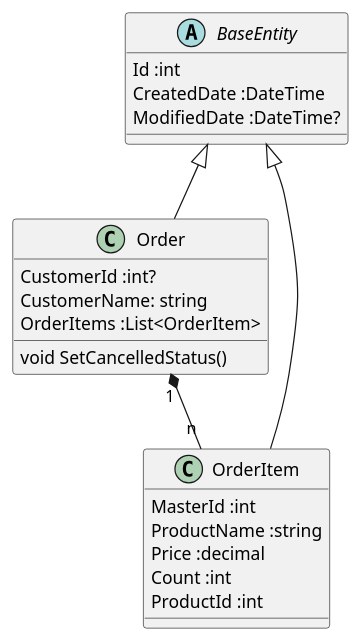
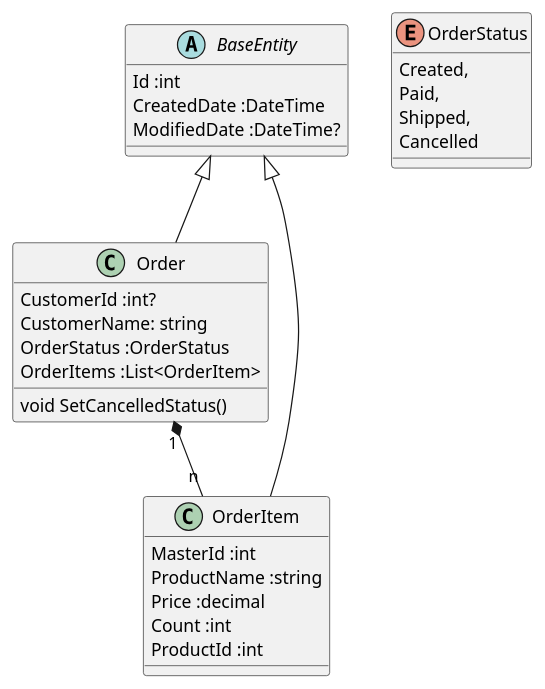
Before and after one commit to merikoenhemsi/playground_microservices: the diagram in Architecture/ClassDiagrams/PlantUml/orderapi.puml, drawn with PlantUML. The commit also changed 3 other files, not shown here.

Commit message:
order uml changed

```diff
--- a/Architecture/ClassDiagrams/PlantUml/orderapi.puml
+++ b/Architecture/ClassDiagrams/PlantUml/orderapi.puml
@@ -1,32 +1,41 @@
 @startuml "orderapi classes"
 
 abstract class BaseEntity
 {
     Id :int
     CreatedDate :DateTime
     ModifiedDate :DateTime?
 }
 
 class Order
 {
     CustomerId :int?
     CustomerName: string
+    OrderStatus :OrderStatus
     OrderItems :List<OrderItem>
     void SetCancelledStatus()
 }
 
 class OrderItem
 {
     MasterId :int
     ProductName :string
     Price :decimal
     Count :int
     ProductId :int
 }
 
+enum OrderStatus
+{
+    Created,
+    Paid,
+    Shipped,
+    Cancelled
+}
+
 BaseEntity <|-- Order
 BaseEntity <|-- OrderItem
 
 Order "1" *-- "n" OrderItem
 
 @enduml
```
